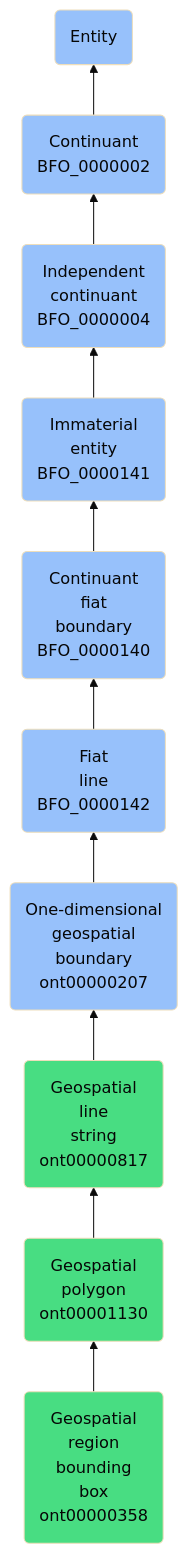
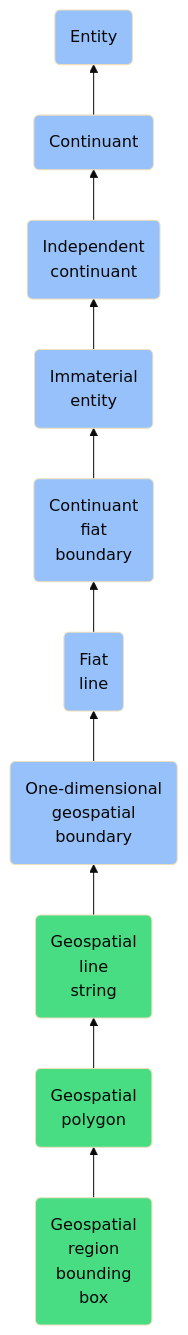
One commit to jupyter-naas/abi changed the diagram in docs/ontology/reference/model/Entity/Continuant/Independent continuant/Immaterial entity/Continuant fiat boundary/Fiat line/One-dimensional geospatial boundary/Geospatial line string/Geospatial polygon/Geospatial region bounding box/Geospatial region bounding box.md. Above: the diagram before and after it, drawn with Mermaid (base theme). The commit also changed other lines of this file and 1430 other files, not shown here.

````diff
--- a/docs/ontology/reference/model/Entity/Continuant/Independent continuant/Immaterial entity/Continuant fiat boundary/Fiat line/One-dimensional geospatial boundary/Geospatial line string/Geospatial polygon/Geospatial region bounding box/Geospatial region bounding box.md
+++ b/docs/ontology/reference/model/Entity/Continuant/Independent continuant/Immaterial entity/Continuant fiat boundary/Fiat line/One-dimensional geospatial boundary/Geospatial line string/Geospatial polygon/Geospatial region bounding box/Geospatial region bounding box.md
@@ -24,17 +24,17 @@
 ```mermaid
 graph BT
-    ont00000358(Geospatial<br>region<br>bounding<br>box<br>ont00000358):::ABI-->ont00001130
-    ont00001130(Geospatial<br>polygon<br>ont00001130):::ABI-->ont00000817
-    ont00000817(Geospatial<br>line<br>string<br>ont00000817):::ABI-->ont00000207
-    ont00000207(One-dimensional<br>geospatial<br>boundary<br>ont00000207):::BFO-->BFO_0000142
-    BFO_0000142(Fiat<br>line<br>BFO_0000142):::BFO-->BFO_0000140
-    BFO_0000140(Continuant<br>fiat<br>boundary<br>BFO_0000140):::BFO-->BFO_0000141
-    BFO_0000141(Immaterial<br>entity<br>BFO_0000141):::BFO-->BFO_0000004
-    BFO_0000004(Independent<br>continuant<br>BFO_0000004):::BFO-->BFO_0000002
-    BFO_0000002(Continuant<br>BFO_0000002):::BFO-->BFO_0000001
+    ont00000358(Geospatial<br>region<br>bounding<br>box):::ABI-->ont00001130
+    ont00001130(Geospatial<br>polygon):::ABI-->ont00000817
+    ont00000817(Geospatial<br>line<br>string):::ABI-->ont00000207
+    ont00000207(One-dimensional<br>geospatial<br>boundary):::BFO-->BFO_0000142
+    BFO_0000142(Fiat<br>line):::BFO-->BFO_0000140
+    BFO_0000140(Continuant<br>fiat<br>boundary):::BFO-->BFO_0000141
+    BFO_0000141(Immaterial<br>entity):::BFO-->BFO_0000004
+    BFO_0000004(Independent<br>continuant):::BFO-->BFO_0000002
+    BFO_0000002(Continuant):::BFO-->BFO_0000001
     BFO_0000001(Entity):::BFO
     
     classDef BFO fill:#97c1fb,color:#060606
     classDef CCO fill:#e4c51e,color:#060606
     classDef ABI fill:#48DD82,color:#060606
 ```
````
